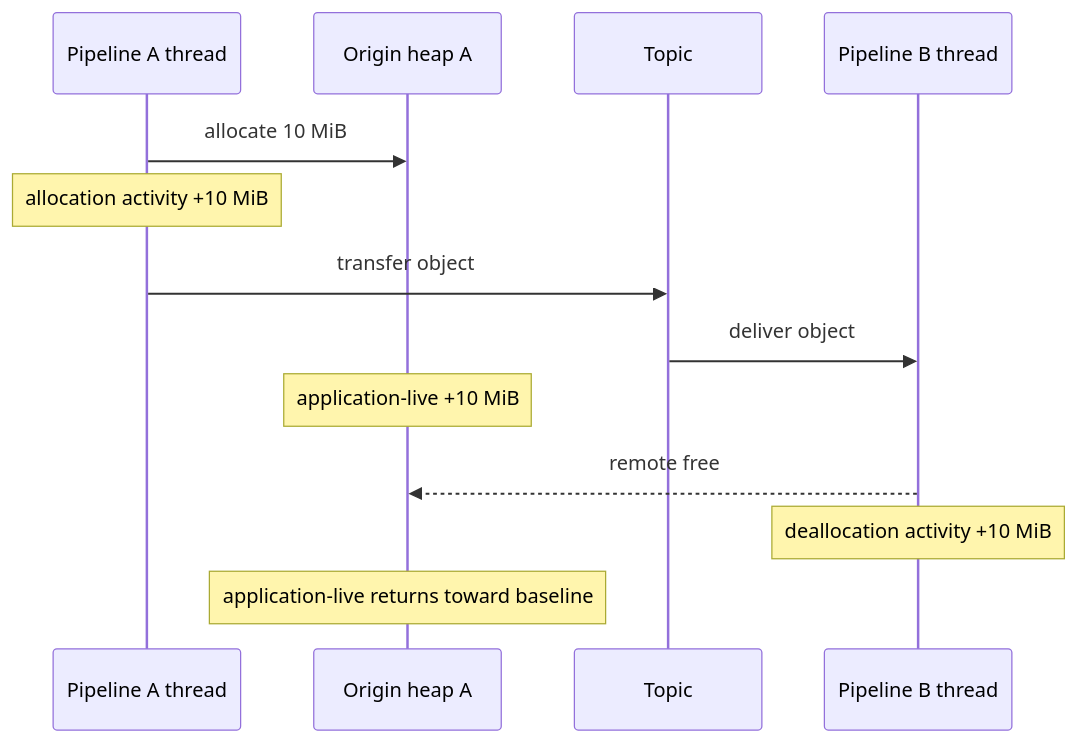
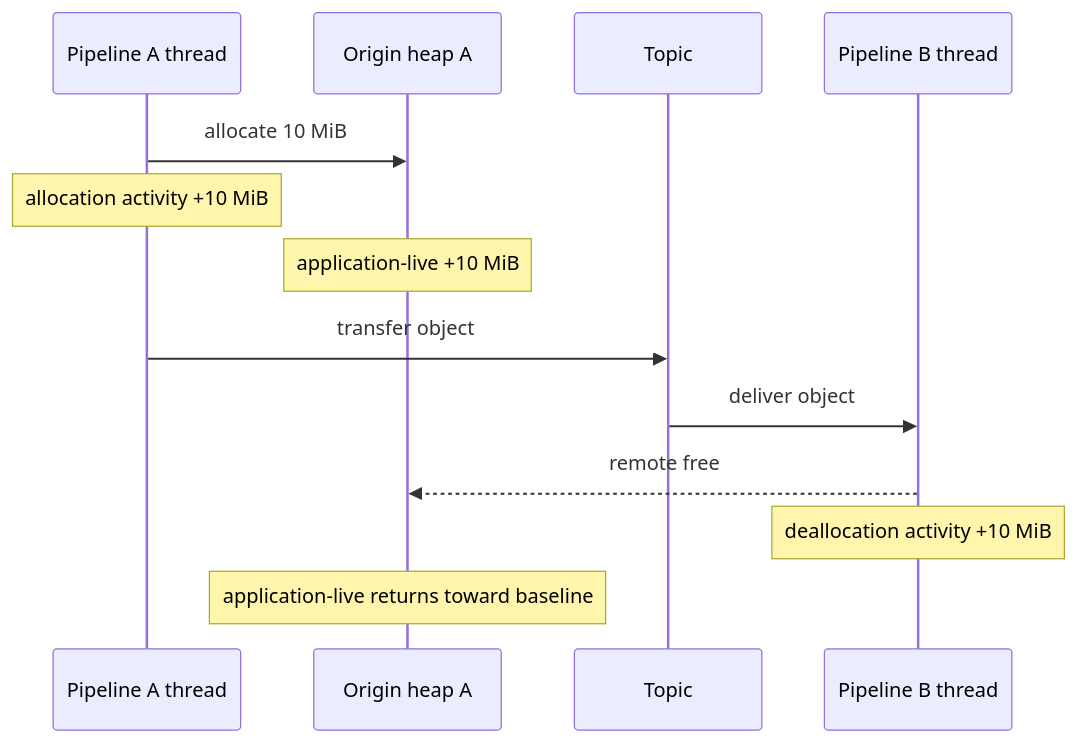
The fourth of 7 diagrams in rust/otap-dataflow/docs/memory-resource-management.md (open-telemetry/otel-arrow), drawn with Mermaid before and after one commit. The commit also changed other lines of this file, not shown here.

````diff
--- a/rust/otap-dataflow/docs/memory-resource-management.md
+++ b/rust/otap-dataflow/docs/memory-resource-management.md
@@ -226,16 +243,16 @@
 ```mermaid
 sequenceDiagram
     participant A as Pipeline A thread
     participant H as Origin heap A
     participant T as Topic
     participant B as Pipeline B thread
 
     A->>H: allocate 10 MiB
     Note over A: allocation activity +10 MiB
+    Note over H: application-live +10 MiB
     A->>T: transfer object
     T->>B: deliver object
-    Note over H: application-live +10 MiB
     B-->>H: remote free
     Note over B: deallocation activity +10 MiB
     Note over H: application-live returns toward baseline
 ```
````
